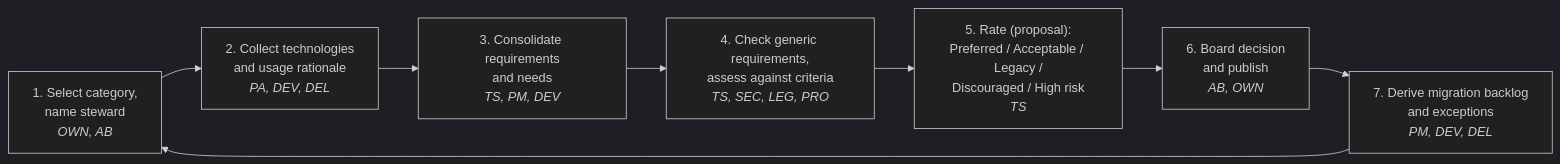
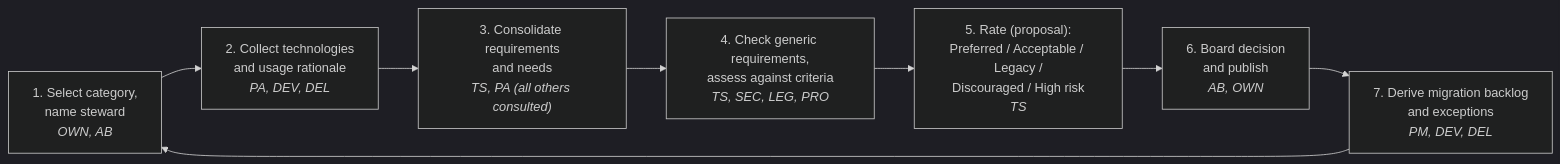
The first of 7 diagrams in docs/Architecture/technology-harmonization.md (Kikkirej/framework), drawn with Mermaid (dark theme) before and after one commit. The commit also changed other lines of this file, not shown here.

First line of the commit message:
📝 technology harmonization: requirements step responsible TS and PA, all others consulted

````diff
--- a/docs/Architecture/technology-harmonization.md
+++ b/docs/Architecture/technology-harmonization.md
@@ -142,10 +142,10 @@
 ```mermaid
 flowchart LR
     A["1. Select category,<br/>name steward<br/><i>OWN, AB</i>"] --> B["2. Collect technologies<br/>and usage rationale<br/><i>PA, DEV, DEL</i>"]
-    B --> C["3. Consolidate requirements<br/>and needs<br/><i>TS, PM, DEV</i>"]
+    B --> C["3. Consolidate requirements<br/>and needs<br/><i>TS, PA (all others consulted)</i>"]
     C --> D["4. Check generic requirements,<br/>assess against criteria<br/><i>TS, SEC, LEG, PRO</i>"]
     D --> E["5. Rate (proposal):<br/>Preferred / Acceptable / Legacy /<br/>Discouraged / High risk<br/><i>TS</i>"]
     E --> F["6. Board decision<br/>and publish<br/><i>AB, OWN</i>"]
     F --> G["7. Derive migration backlog<br/>and exceptions<br/><i>PM, DEV, DEL</i>"]
     G --> A
 ```
````
